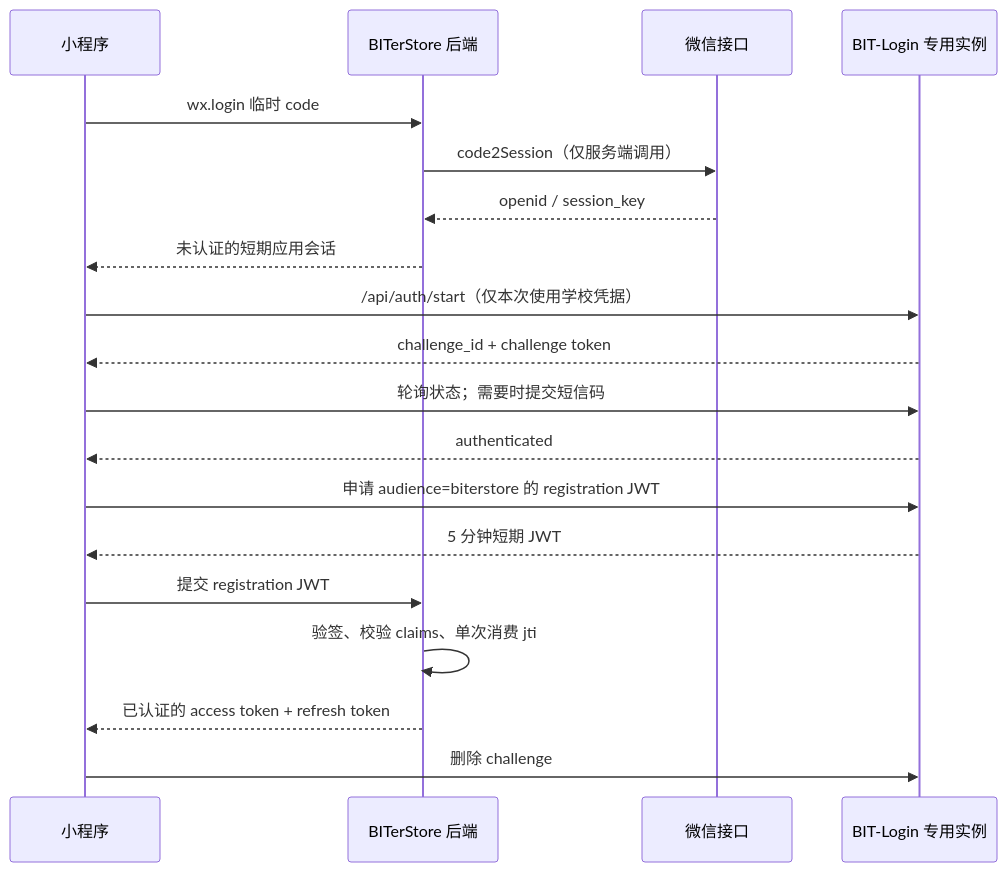
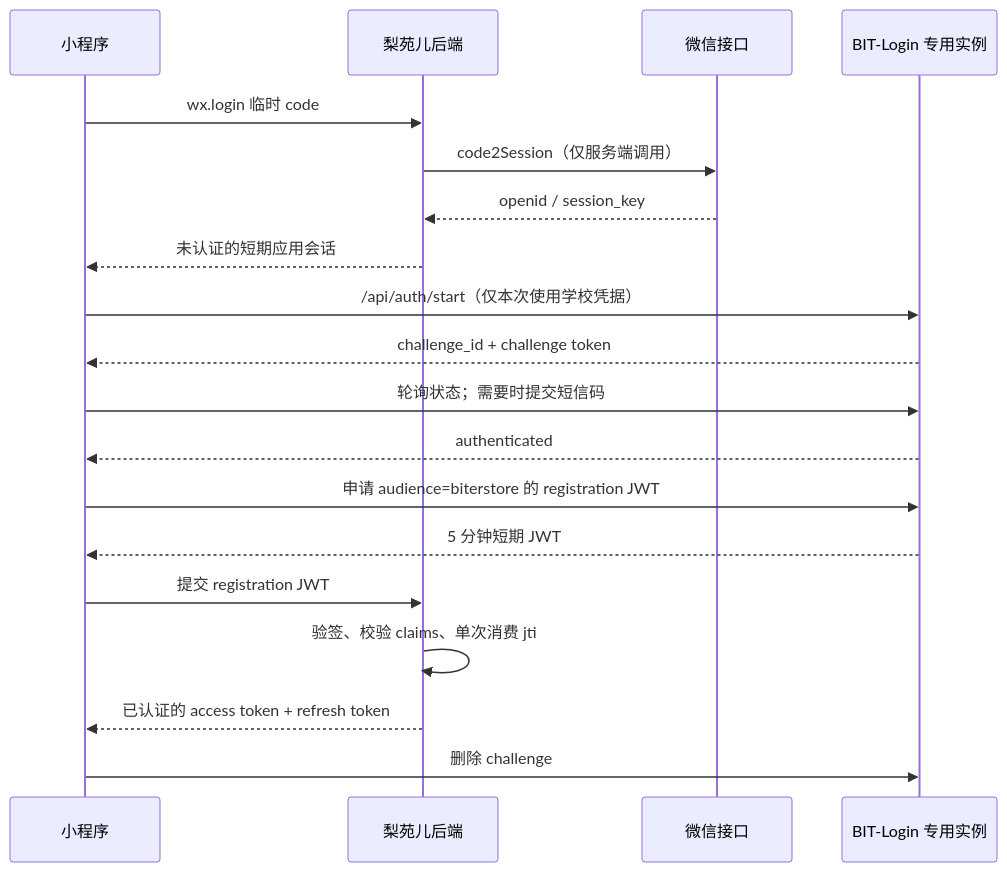
The second of 3 diagrams in docs/整体实施计划.md (AnonymousUser443/BITerStore), drawn with Mermaid before and after one commit. The commit also changed other lines of this file and 33 other files, not shown here.

````diff
--- a/docs/整体实施计划.md
+++ b/docs/整体实施计划.md
@@ -169,22 +169,22 @@
 ```mermaid
 sequenceDiagram
     participant M as 小程序
-    participant B as BITerStore 后端
+    participant B as 梨苑儿后端
     participant W as 微信接口
     participant I as BIT-Login 专用实例
 
     M->>B: wx.login 临时 code
     B->>W: code2Session（仅服务端调用）
     W-->>B: openid / session_key
     B-->>M: 未认证的短期应用会话
     M->>I: /api/auth/start（仅本次使用学校凭据）
     I-->>M: challenge_id + challenge token
     M->>I: 轮询状态；需要时提交短信码
     I-->>M: authenticated
     M->>I: 申请 audience=biterstore 的 registration JWT
     I-->>M: 5 分钟短期 JWT
     M->>B: 提交 registration JWT
     B->>B: 验签、校验 claims、单次消费 jti
     B-->>M: 已认证的 access token + refresh token
     M->>I: 删除 challenge
 ```
````
